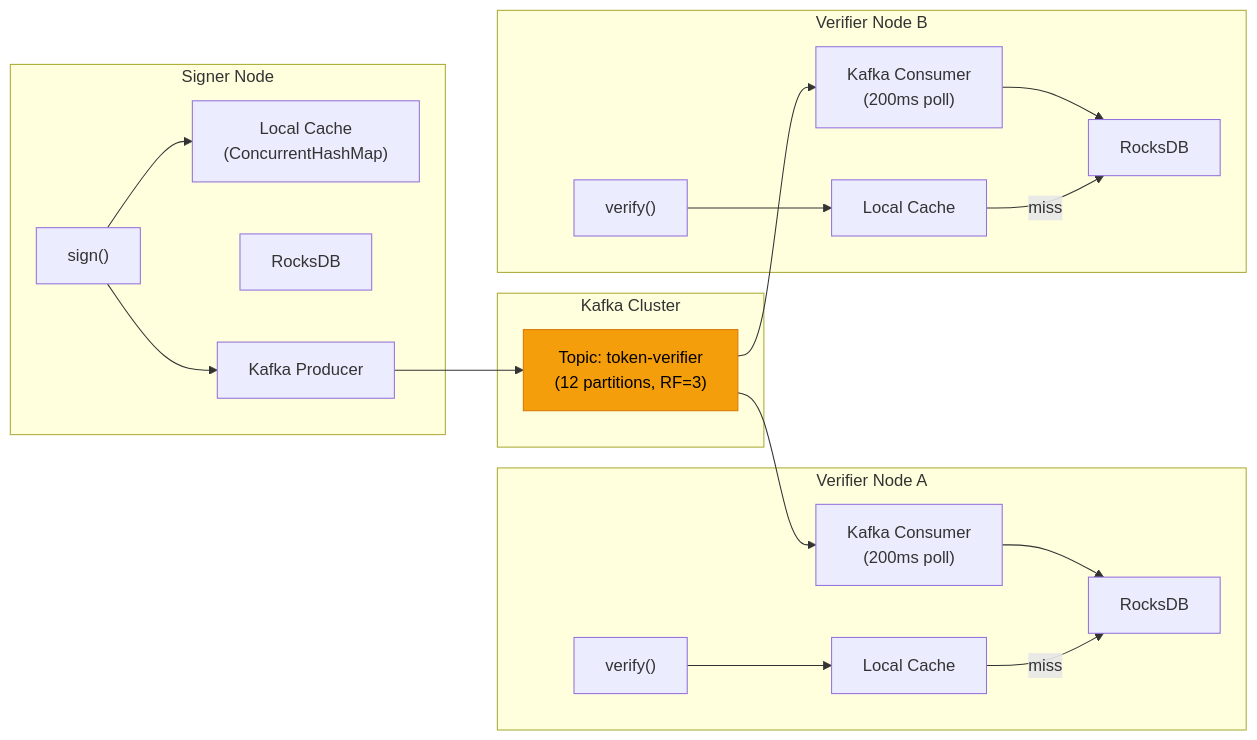
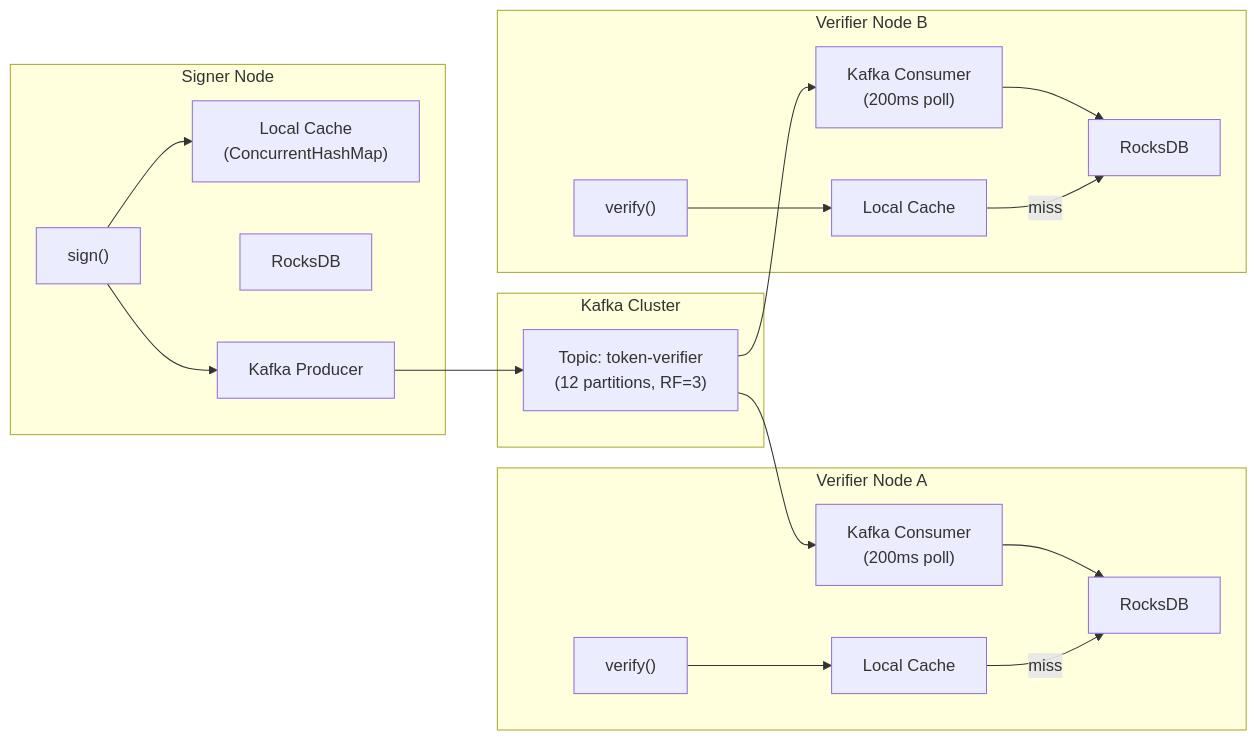
One commit to cyfko/veridot changed the first of 3 diagrams in docs/docs/modules/veridot-kafka.md. Above: the diagram before and after it, drawn with Mermaid. The commit also changed other lines of this file and 25 other files, not shown here.

First line of the commit message:
style: remove colorful fill styles from Mermaid diagrams

````diff
--- a/docs/docs/modules/veridot-kafka.md
+++ b/docs/docs/modules/veridot-kafka.md
@@ -38,41 +38,40 @@
 ```mermaid
 graph LR
     subgraph "Signer Node"
         S["sign()"]
         LC1["Local Cache<br/>(ConcurrentHashMap)"]
         DB1["RocksDB"]
         P["Kafka Producer"]
     end
 
     subgraph "Kafka Cluster"
         T["Topic: token-verifier<br/>(12 partitions, RF=3)"]
     end
 
     subgraph "Verifier Node A"
         C1["Kafka Consumer<br/>(200ms poll)"]
         LC2["Local Cache"]
         DB2["RocksDB"]
         V1["verify()"]
     end
 
     subgraph "Verifier Node B"
         C2["Kafka Consumer<br/>(200ms poll)"]
         LC3["Local Cache"]
         DB3["RocksDB"]
         V2["verify()"]
     end
 
     S --> LC1
     S --> P
     P --> T
     T --> C1
     T --> C2
     C1 --> DB2
     C2 --> DB3
     V1 --> LC2
     LC2 -->|miss| DB2
     V2 --> LC3
     LC3 -->|miss| DB3
 
-    style T fill:#f59e0b,color:#000,stroke:#d97706
 ```
````
